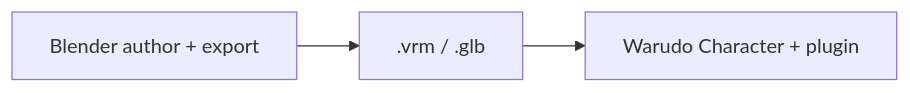
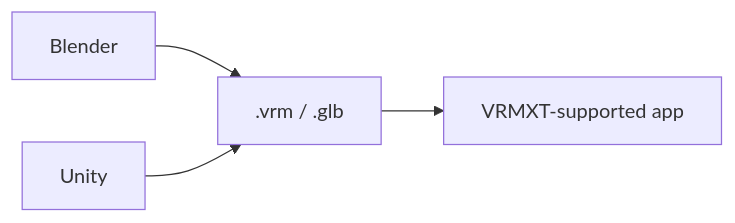
Before and after one commit to miramocha/Extended-VRM-Specs: the diagram in tutorials/README.md, drawn with Mermaid. The commit also changed other lines of this file and 5 other files, not shown here.

First line of the commit message:
docs(tutorials): generic VRMXT-supported apps; drop success sections

````diff
--- a/tutorials/README.md
+++ b/tutorials/README.md
@@ -28,7 +27,10 @@
 ```mermaid
 flowchart LR
-  blend[Blender author + export]
+  blend[Blender]
+  unity[Unity]
   file[".vrm / .glb"]
-  warudo[Warudo Character + plugin]
-  blend --> file --> warudo
+  app[VRMXT-supported app]
+  blend --> file
+  unity --> file
+  file --> app
 ```
````
